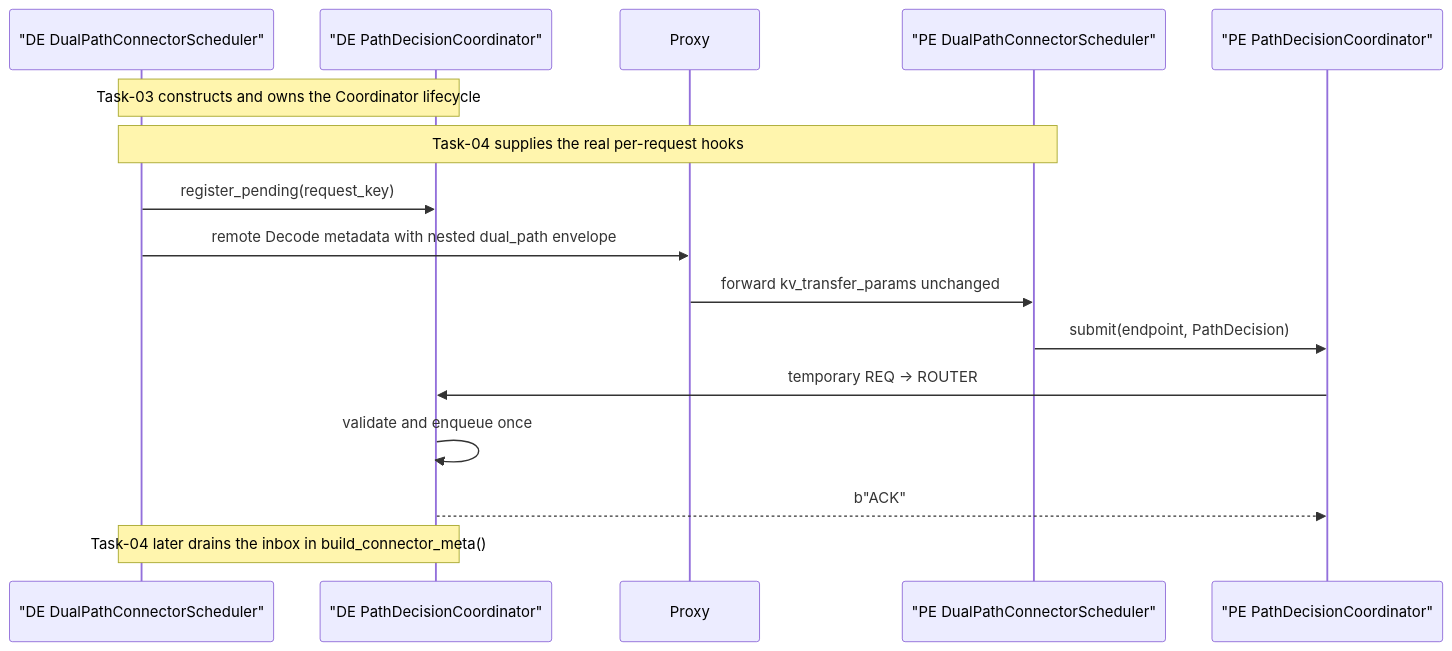
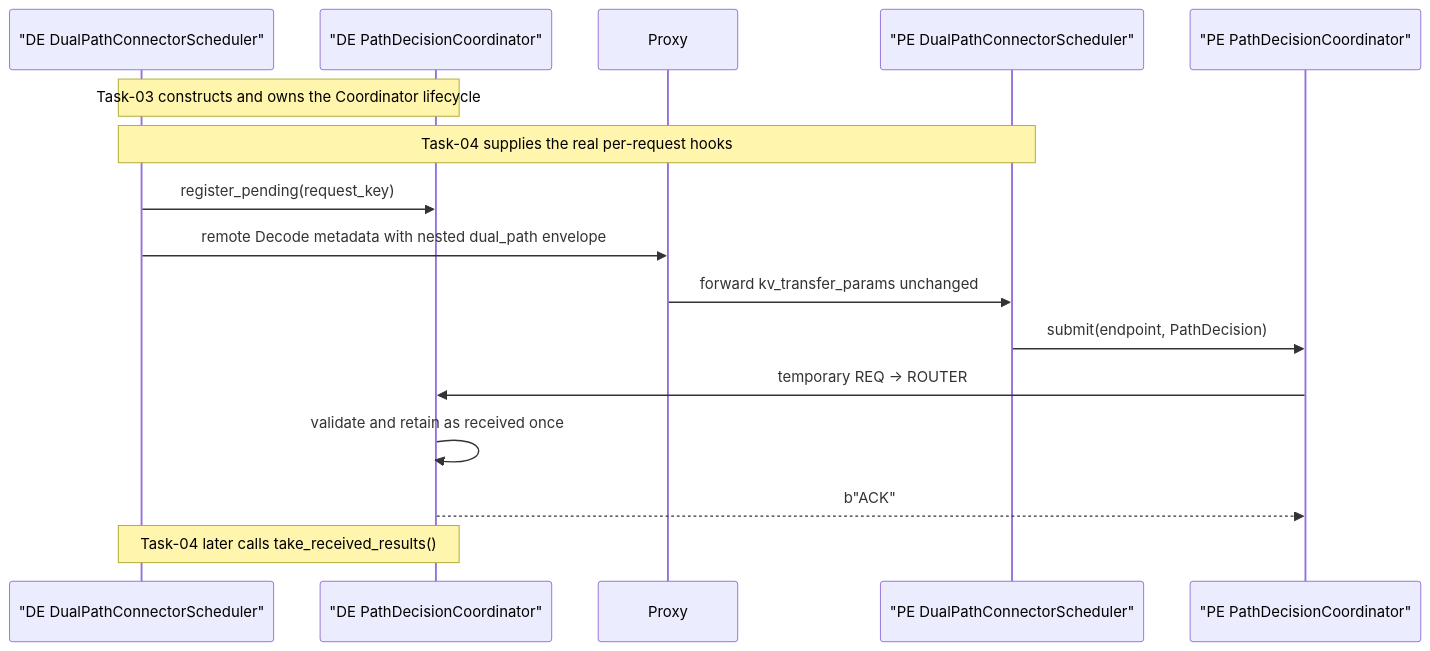
The diagram in .specs/dual-path-stage1-tasks/tasks/TASK-03-direct-decision-channel.md (mazifan0120/vllm-ascend), drawn with Mermaid before and after one commit. The commit also changed other lines of this file and 4 other files, not shown here.

````diff
--- a/.specs/dual-path-stage1-tasks/tasks/TASK-03-direct-decision-channel.md
+++ b/.specs/dual-path-stage1-tasks/tasks/TASK-03-direct-decision-channel.md
@@ -46,20 +52,20 @@
 ```mermaid
 sequenceDiagram
     participant DES as "DE DualPathConnectorScheduler"
     participant DEC as "DE PathDecisionCoordinator"
     participant Proxy
     participant PES as "PE DualPathConnectorScheduler"
     participant PEC as "PE PathDecisionCoordinator"
 
     Note over DES,DEC: Task-03 constructs and owns the Coordinator lifecycle
     Note over DES,PES: Task-04 supplies the real per-request hooks
 
     DES->>DEC: register_pending(request_key)
     DES->>Proxy: remote Decode metadata with nested dual_path envelope
     Proxy->>PES: forward kv_transfer_params unchanged
     PES->>PEC: submit(endpoint, PathDecision)
     PEC->>DEC: temporary REQ -> ROUTER
-    DEC->>DEC: validate and enqueue once
+    DEC->>DEC: validate and retain as received once
     DEC-->>PEC: b"ACK"
-    Note over DEC,DES: Task-04 later drains the inbox in build_connector_meta()
+    Note over DEC,DES: Task-04 later calls take_received_results()
 ```
````
